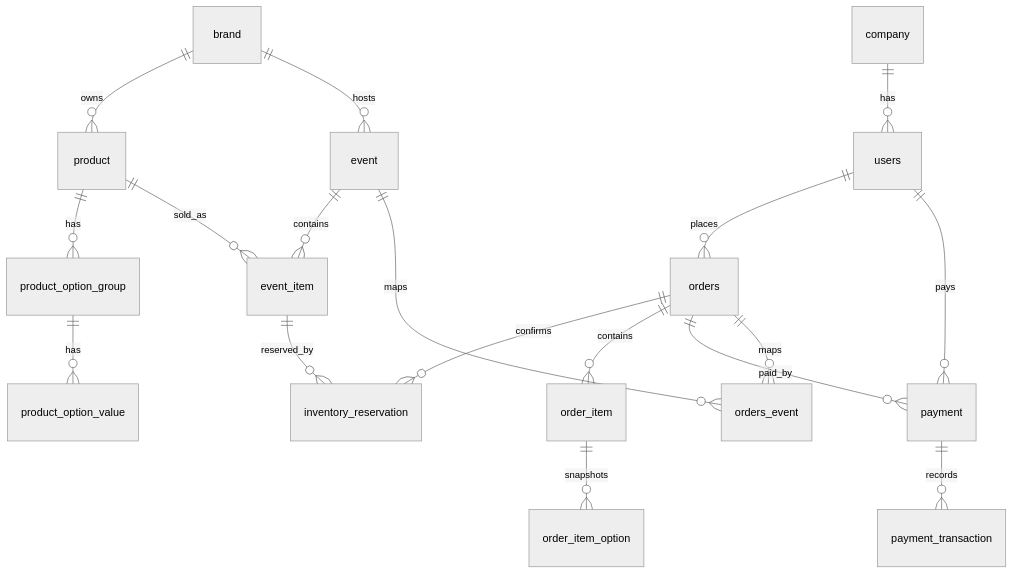
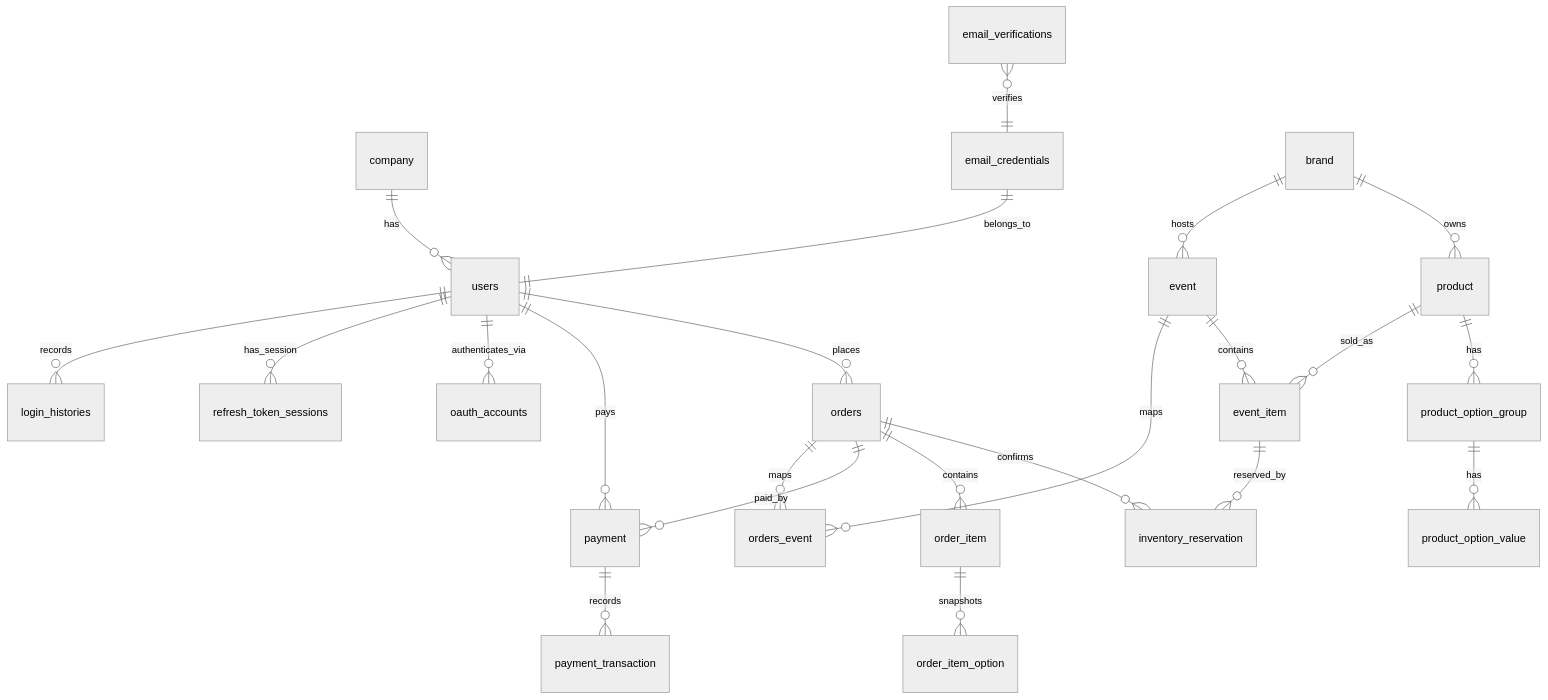
One commit to f-lab-edu/limited-drop-commerce changed the diagram in docs/erd.md. Above: the diagram before and after it, drawn with Mermaid (neutral theme). The commit also changed other lines of this file and 28 other files, not shown here.

````diff
--- a/docs/erd.md
+++ b/docs/erd.md
@@ -26,27 +27,33 @@
 ```mermaid
 erDiagram
     company ||--o{ users : has
     users ||--o{ orders : places
     users ||--o{ payment : pays
+    users ||--o{ oauth_accounts : authenticates_via
+    users ||--o{ refresh_token_sessions : has_session
+    users ||--o{ login_histories : records
+
+    email_credentials ||--|| users : belongs_to
+    email_verifications }o--|| email_credentials : verifies
 
     brand ||--o{ product : owns
     brand ||--o{ event : hosts
 
     product ||--o{ product_option_group : has
     product_option_group ||--o{ product_option_value : has
 
     event ||--o{ event_item : contains
     product ||--o{ event_item : sold_as
 
     event_item ||--o{ inventory_reservation : reserved_by
     orders ||--o{ inventory_reservation : confirms
 
     orders ||--o{ order_item : contains
     order_item ||--o{ order_item_option : snapshots
 
     orders ||--o{ payment : paid_by
     payment ||--o{ payment_transaction : records
 
     orders ||--o{ orders_event : maps
     event ||--o{ orders_event : maps
 ```
````
